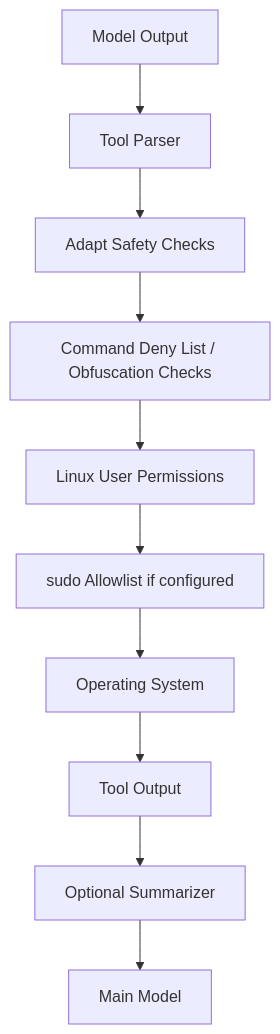
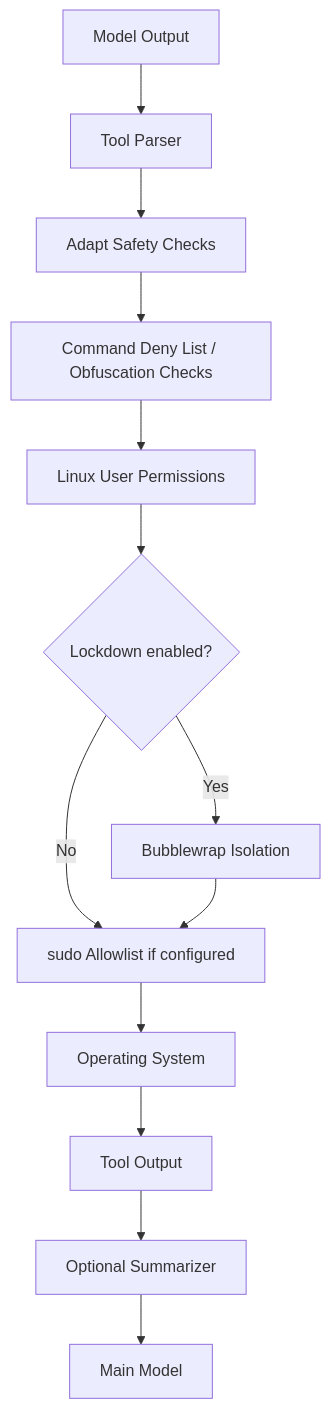
Before and after one commit to charlesericwilson-portfolio/Echo_Adapt_v5: the fourth of 8 diagrams in README.md, drawn with Mermaid. The commit also changed other lines of this file, not shown here.

````diff
--- a/README.md
+++ b/README.md
@@ -916,13 +1022,16 @@
 ```mermaid
 flowchart TD
     A[Model Output] --> B[Tool Parser]
     B --> C[Adapt Safety Checks]
     C --> D[Command Deny List / Obfuscation Checks]
     D --> E[Linux User Permissions]
-    E --> F[sudo Allowlist if configured]
-    F --> G[Operating System]
+    E --> F{Lockdown enabled?}
+    F -->|Yes| G[Bubblewrap Isolation]
+    F -->|No| H[sudo Allowlist if configured]
+    G --> H
+    H --> I[Operating System]
 
-    G --> H[Tool Output]
-    H --> I[Optional Summarizer]
-    I --> J[Main Model]
+    I --> J[Tool Output]
+    J --> K[Optional Summarizer]
+    K --> L[Main Model]
 ```
````
